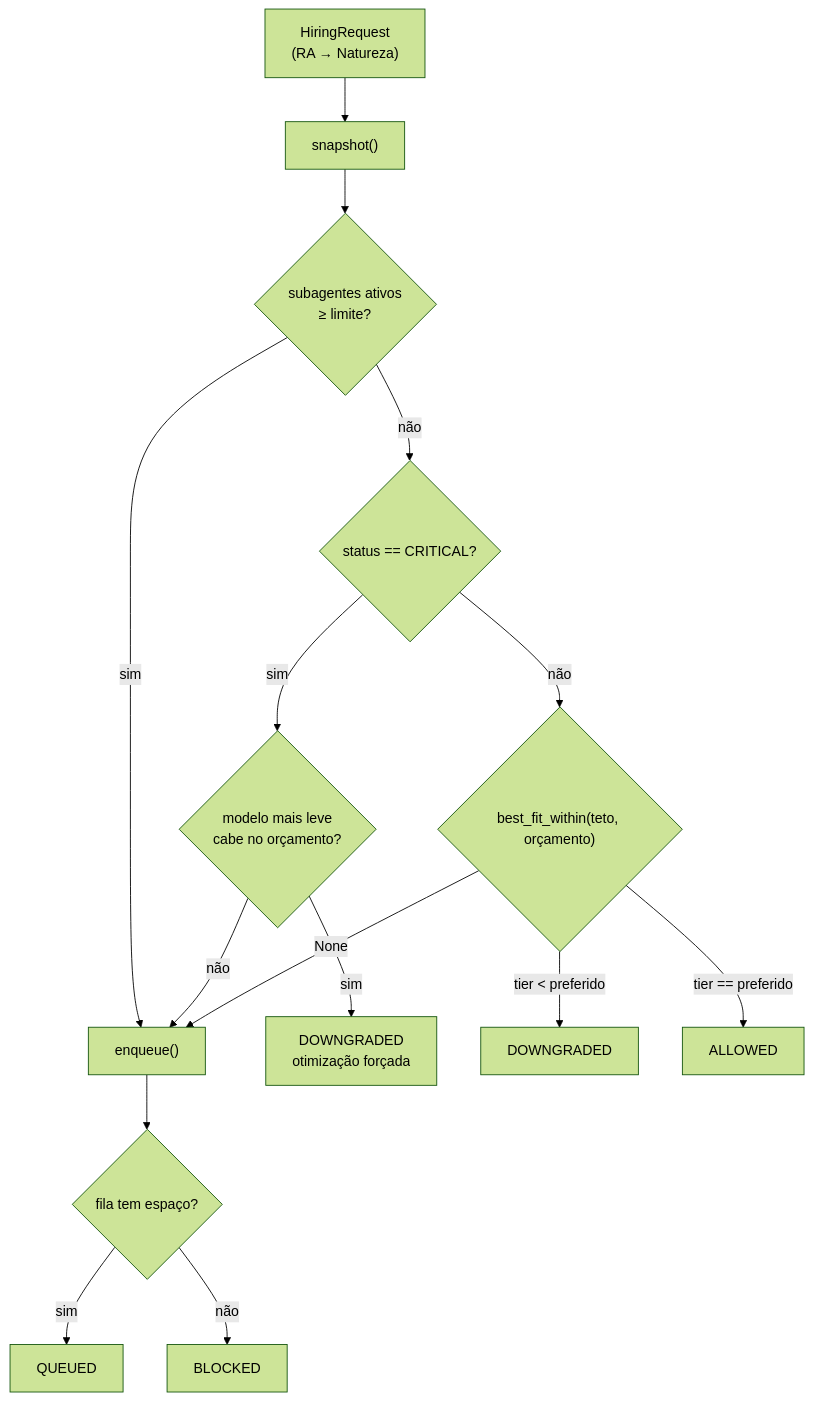
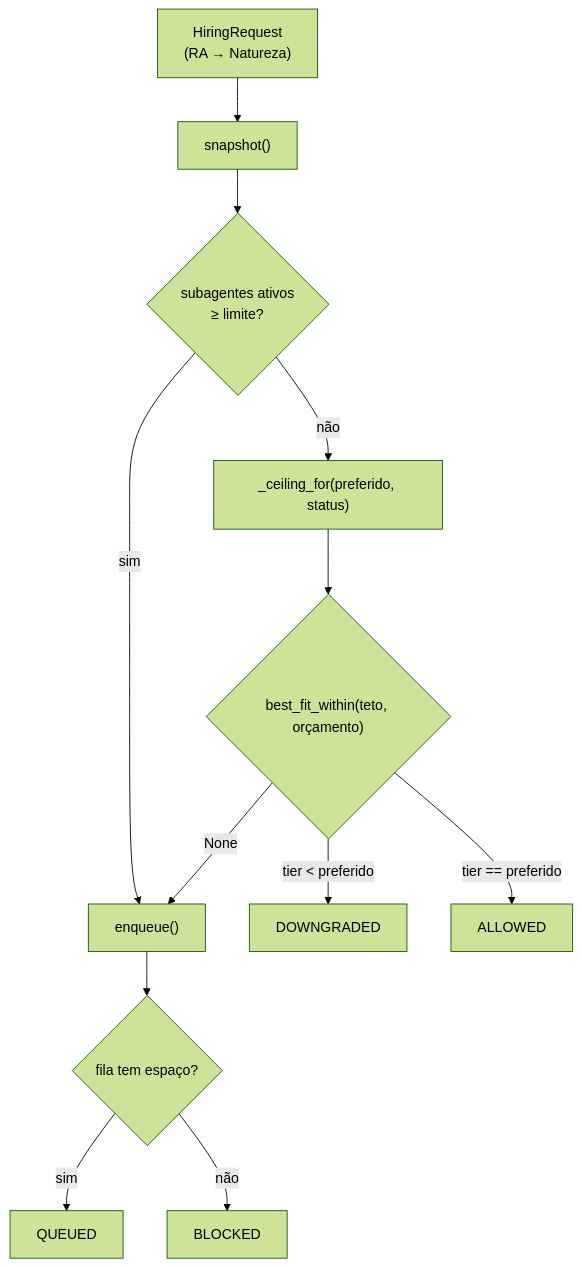
The third of 7 diagrams in docs/ARCHITECTURE.md (willrockoliv/they-work), drawn with Mermaid (forest theme) before and after one commit. The commit also changed other lines of this file and 44 other files, not shown here.

First line of the commit message:
feat(fase 2): expand architecture documentation and introduce new services

````diff
--- a/docs/ARCHITECTURE.md
+++ b/docs/ARCHITECTURE.md
@@ -145,17 +176,14 @@
 ```mermaid
 flowchart TD
     req["HiringRequest<br/>(RA → Natureza)"] --> snap["snapshot()"]
     snap --> lim{"subagentes ativos<br/>≥ limite?"}
     lim -->|sim| defer
-    lim -->|não| crit{"status == CRITICAL?"}
-    crit -->|sim| light{"modelo mais leve<br/>cabe no orçamento?"}
-    light -->|não| defer
-    light -->|sim| down["DOWNGRADED<br/>otimização forçada"]
-    crit -->|não| fit{"best_fit_within(teto, orçamento)"}
+    lim -->|não| teto["_ceiling_for(preferido, status)"]
+    teto --> fit{"best_fit_within(teto, orçamento)"}
     fit -->|"None"| defer
-    fit -->|"tier < preferido"| down2["DOWNGRADED"]
+    fit -->|"tier < preferido"| down["DOWNGRADED"]
     fit -->|"tier == preferido"| ok["ALLOWED"]
     defer["enqueue()"] --> q{"fila tem espaço?"}
     q -->|sim| queued["QUEUED"]
     q -->|não| blocked["BLOCKED"]
 ```
````
